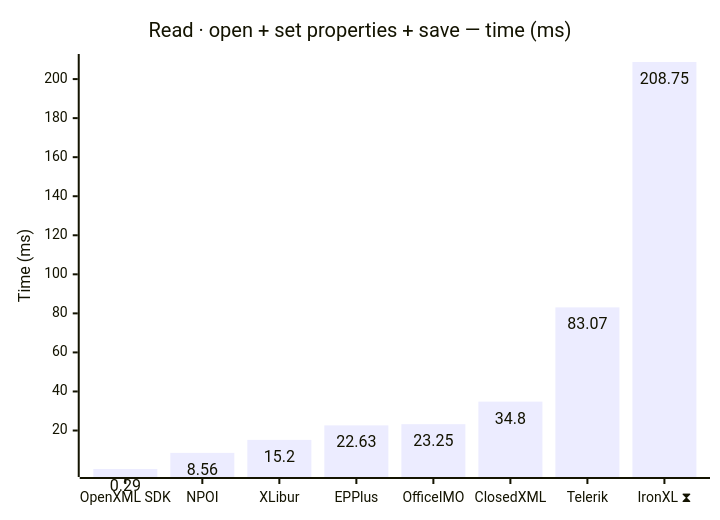
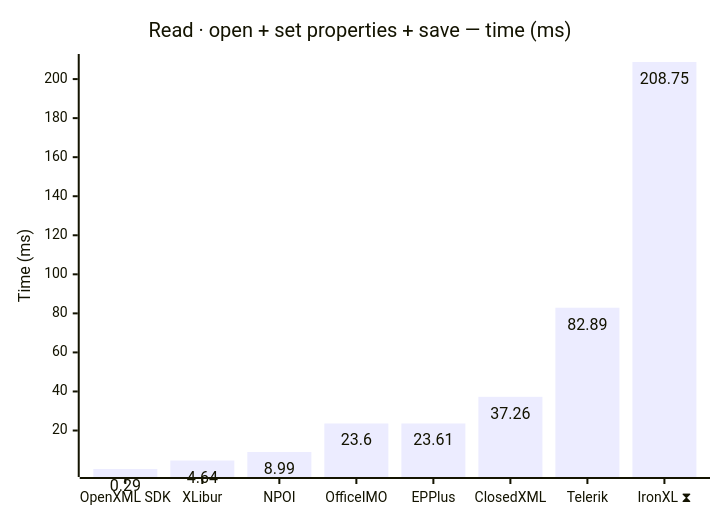
One commit to jafin/XLBench changed the first of 12 diagrams in docs/results.md. Above: the diagram before and after it, drawn with Mermaid. The commit also changed other lines of this file and 4 other files, not shown here.

First line of the commit message:
Bump XLibur to 0.630.1-rc.18, IronXL to 2026.10.1, OfficeIMO to 3.4.4 (#42)

````diff
--- a/docs/results.md
+++ b/docs/results.md
@@ -42,12 +42,12 @@
 ```mermaid
 ---
 config:
   xyChart:
     showDataLabel: true
 ---
 xychart-beta
     title "Read · open + set properties + save — time (ms)"
-    x-axis ["OpenXML SDK", "NPOI", "XLibur", "EPPlus", "OfficeIMO", "ClosedXML", "Telerik", "IronXL ⧗"]
+    x-axis ["OpenXML SDK", "XLibur", "NPOI", "OfficeIMO", "EPPlus", "ClosedXML", "Telerik", "IronXL ⧗"]
     y-axis "Time (ms)"
-    bar [0.29, 8.56, 15.2, 22.63, 23.25, 34.8, 83.07, 208.75]
+    bar [0.29, 4.64, 8.99, 23.6, 23.61, 37.26, 82.89, 208.75]
 ```
````
